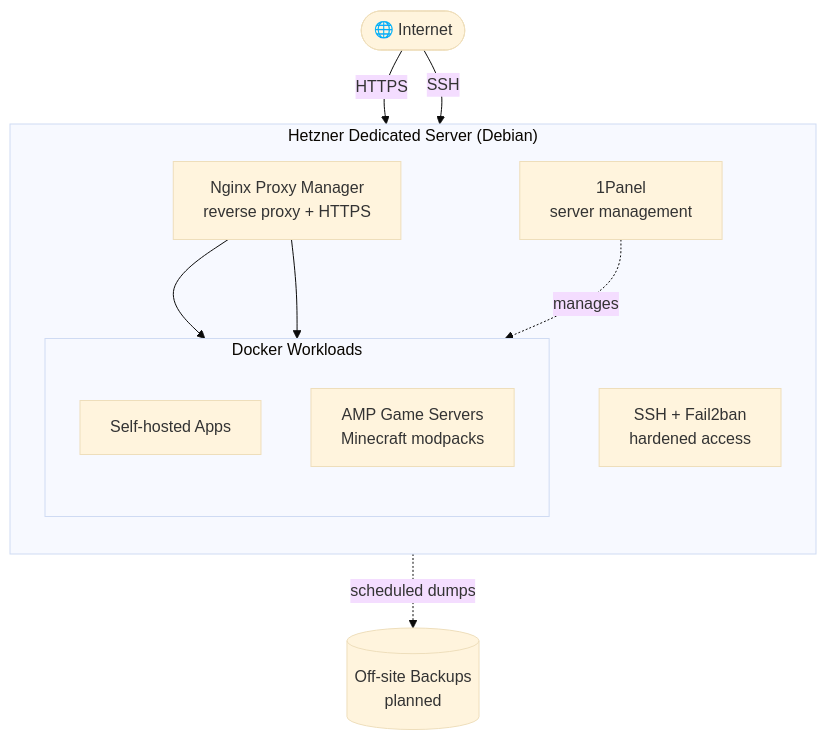
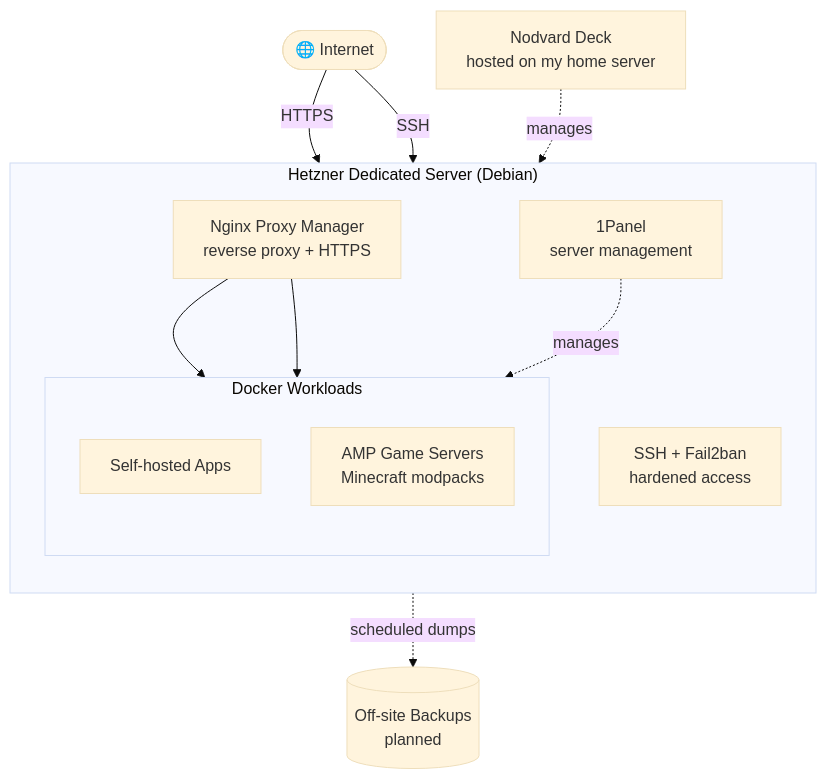
One commit to Papxx/Papxx changed the second of 2 diagrams in README.md. Above: the diagram before and after it, drawn with Mermaid (base theme). The commit also changed other lines of this file, not shown here.

````diff
--- a/README.md
+++ b/README.md
@@ -108,27 +112,29 @@
 ```mermaid
 flowchart TB
     Internet(["🌐 Internet"])
 
     subgraph HZ["Hetzner Dedicated Server (Debian)"]
         direction TB
         F2B["SSH + Fail2ban<br/>hardened access"]
         NPM2["Nginx Proxy Manager<br/>reverse proxy + HTTPS"]
         Panel["1Panel<br/>server management"]
 
         subgraph Dock["Docker Workloads"]
             direction TB
             Apps["Self-hosted Apps"]
             Games["AMP Game Servers<br/>Minecraft modpacks"]
         end
 
         NPM2 --> Apps
         NPM2 --> Games
         Panel -. "manages" .-> Dock
     end
 
+    Deck2["Nodvard Deck<br/>hosted on my home server"]
     Backup[("Off-site Backups<br/>planned")]
 
+    Deck2 -. "manages" .-> HZ
     Internet -- "HTTPS" --> NPM2
     Internet -- "SSH" --> F2B
     Dock -. "scheduled dumps" .-> Backup
 ```
````
